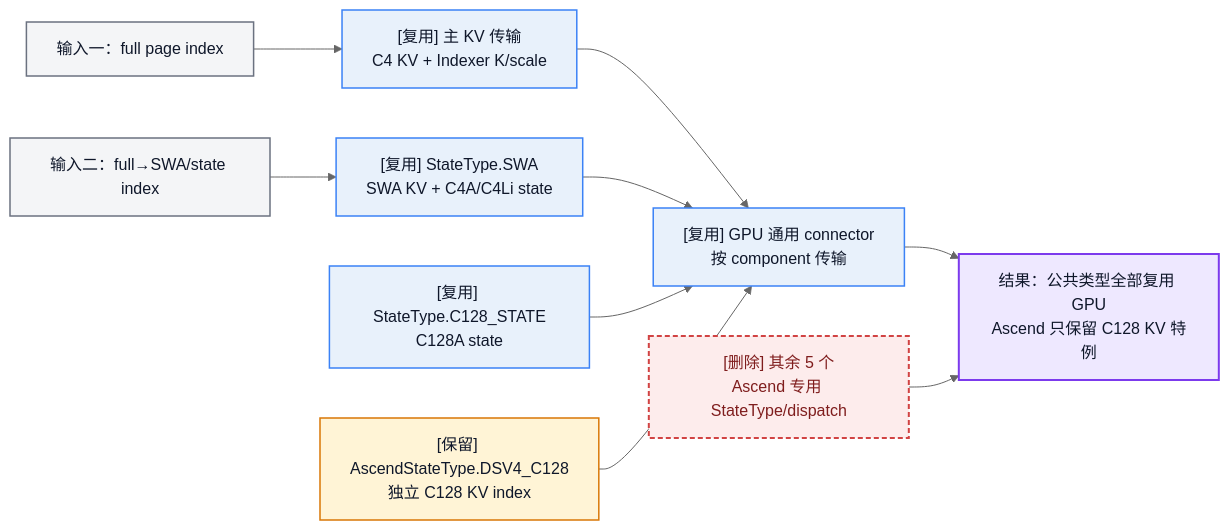
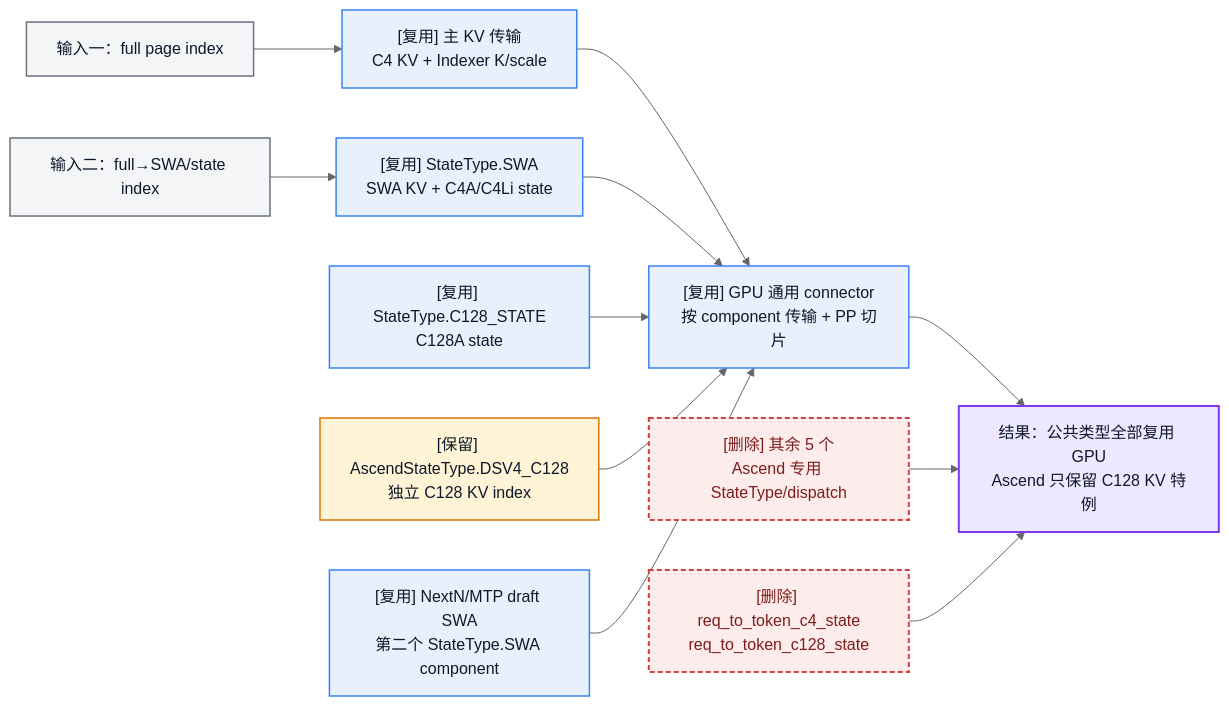
Diagram 17 of 19 in python/sglang/srt/hardware_backend/npu/dsv4/NPU_DSV4_CACHE_REFACTOR.md (Talantan1102/sglang), drawn with Mermaid (neutral theme) before and after one commit. The commit also changed other lines of this file and 9 other files, not shown here.

````diff
--- a/python/sglang/srt/hardware_backend/npu/dsv4/NPU_DSV4_CACHE_REFACTOR.md
+++ b/python/sglang/srt/hardware_backend/npu/dsv4/NPU_DSV4_CACHE_REFACTOR.md
@@ -700,24 +702,28 @@
 ```mermaid
 flowchart LR
     Full["输入一：full page index"]:::neutral
     SWA["输入二：full→SWA/state index"]:::neutral
     MainKV["[复用] 主 KV 传输<br/>C4 KV + Indexer K/scale"]:::reused
     SharedSWA["[复用] StateType.SWA<br/>SWA KV + C4A/C4Li state"]:::reused
     SharedC128State["[复用] StateType.C128_STATE<br/>C128A state"]:::reused
     NPUC128["[保留] AscendStateType.DSV4_C128<br/>独立 C128 KV index"]:::changed
     DeleteTypes["[删除] 其余 5 个<br/>Ascend 专用 StateType/dispatch"]:::deleted
-    Connector["[复用] GPU 通用 connector<br/>按 component 传输"]:::reused
+    DeleteTables["[删除] req_to_token_c4_state<br/>req_to_token_c128_state"]:::deleted
+    NextN["[复用] NextN/MTP draft SWA<br/>第二个 StateType.SWA component"]:::reused
+    Connector["[复用] GPU 通用 connector<br/>按 component 传输 + PP 切片"]:::reused
     Result["结果：公共类型全部复用 GPU<br/>Ascend 只保留 C128 KV 特例"]:::result
 
     Full --> MainKV --> Connector
     SWA --> SharedSWA --> Connector
     SharedC128State --> Connector
     NPUC128 --> Connector --> Result
     DeleteTypes --> Result
+    DeleteTables --> Result
+    NextN --> Connector
 
     classDef reused fill:#E8F1FB,stroke:#3B82F6,color:#0F172A,stroke-width:1.5px;
     classDef changed fill:#FFF4D6,stroke:#D97706,color:#0F172A,stroke-width:1.5px;
     classDef deleted fill:#FDECEC,stroke:#D14343,color:#7F1D1D,stroke-width:2px,stroke-dasharray:5 3;
     classDef neutral fill:#F4F5F7,stroke:#6B7280,color:#0F172A,stroke-width:1.5px;
     classDef result fill:#EEE8FF,stroke:#7C3AED,color:#0F172A,stroke-width:2px;
 ```
````
